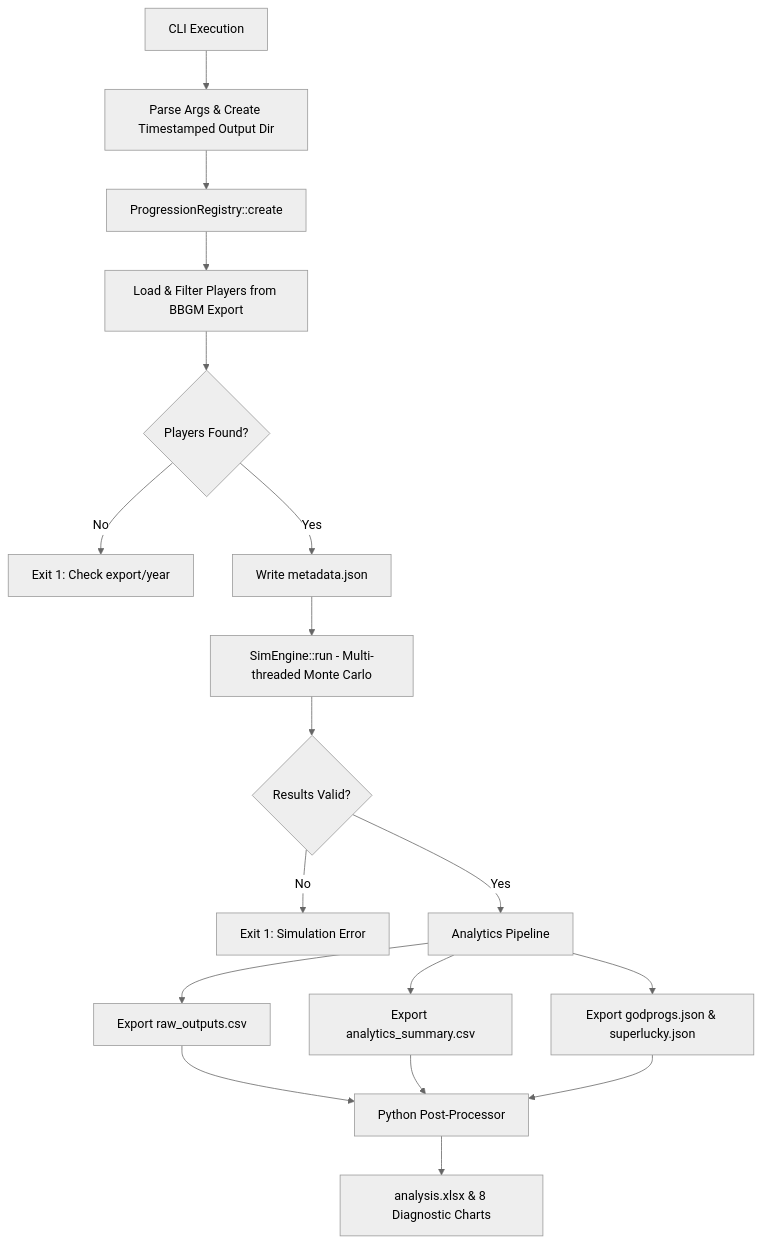
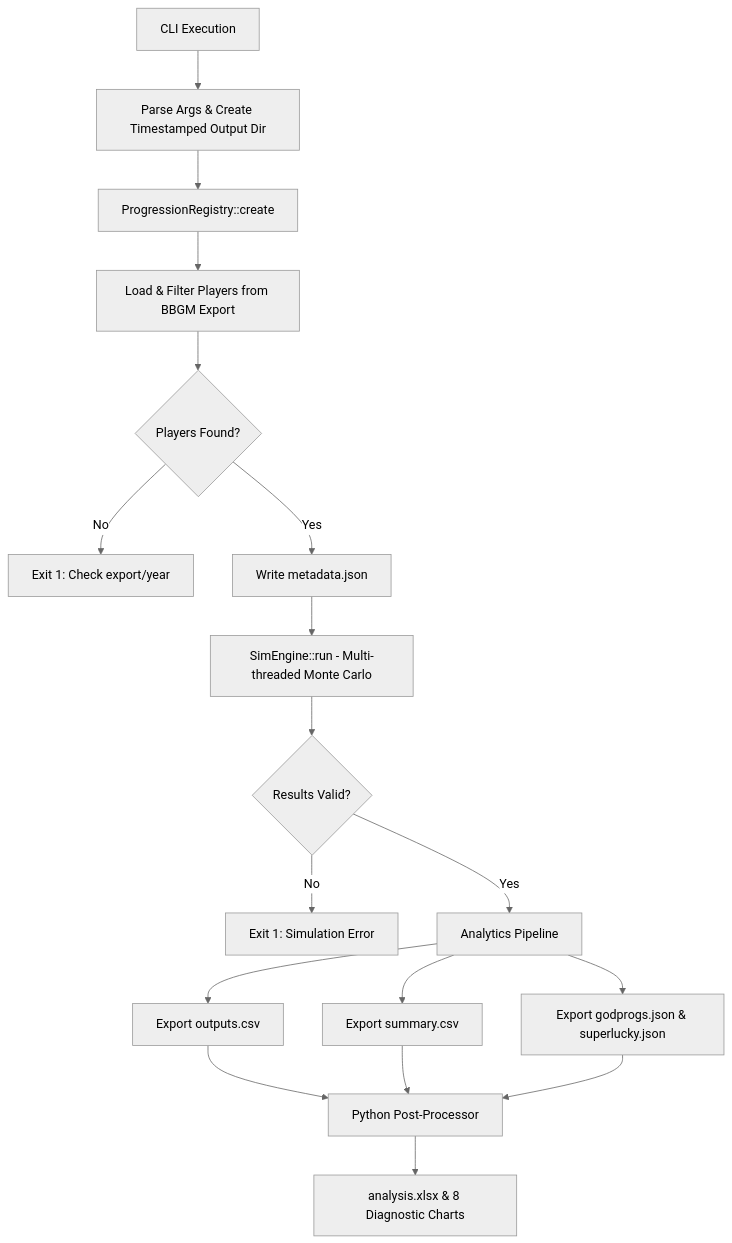
One commit to akshayexists/progbox changed the diagram in README.md. Above: the diagram before and after it, drawn with Mermaid (neutral theme). The commit also changed other lines of this file, not shown here.

````diff
--- a/README.md
+++ b/README.md
@@ -26,20 +26,20 @@
 ```mermaid
 graph TD
     A[CLI Execution] --> B[Parse Args & Create Timestamped Output Dir]
     B --> C[ProgressionRegistry::create]
     C --> D[Load & Filter Players from BBGM Export]
     D --> E{Players Found?}
     E -- No --> F[Exit 1: Check export/year]
     E -- Yes --> G[Write metadata.json]
     G --> H[SimEngine::run - Multi-threaded Monte Carlo]
     H --> I{Results Valid?}
     I -- No --> J[Exit 1: Simulation Error]
     I -- Yes --> K[Analytics Pipeline]
     
-    K --> L[Export raw_outputs.csv]
-    K --> M[Export analytics_summary.csv]
+    K --> L[Export outputs.csv]
+    K --> M[Export summary.csv]
     K --> N[Export godprogs.json & superlucky.json]
     
     L & M & N --> O[Python Post-Processor]
     O --> P[analysis.xlsx & 8 Diagnostic Charts]
 ```
````
